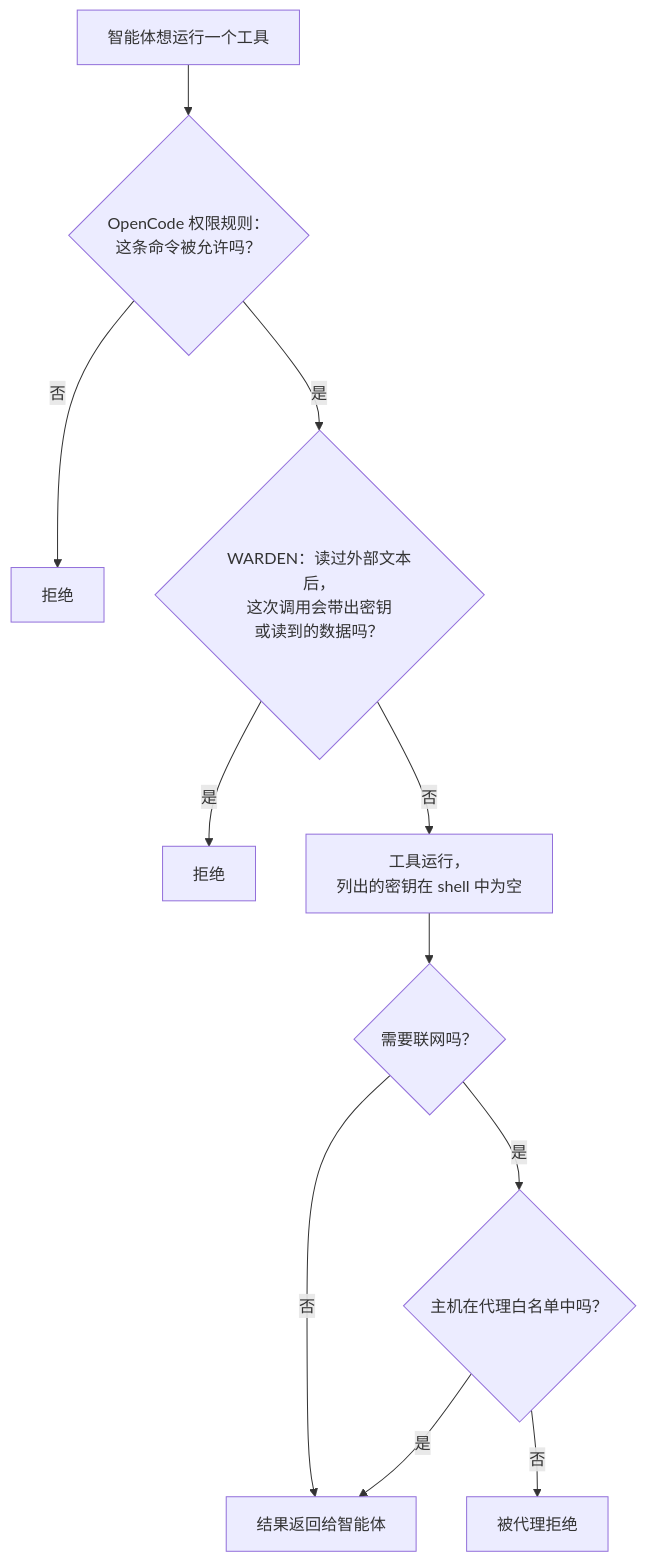
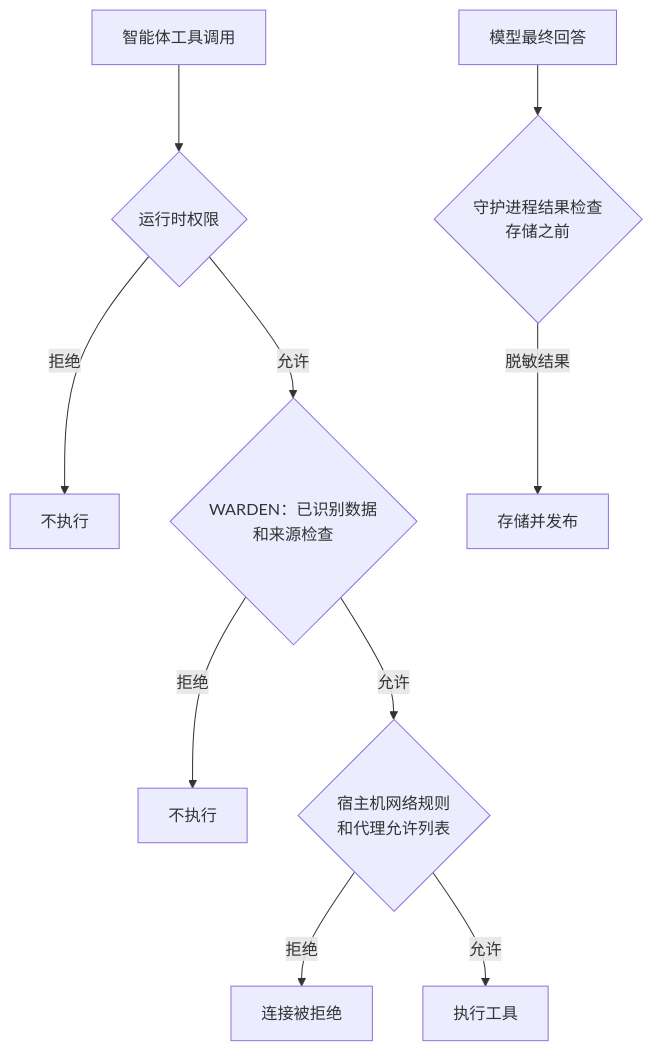
One commit to alexar76/aicom changed the third of 5 diagrams in multica/manual/README.zh.md. Above: the diagram before and after it, drawn with Mermaid. The commit also changed other lines of this file and 3001 other files, not shown here.

````diff
--- a/multica/manual/README.zh.md
+++ b/multica/manual/README.zh.md
@@ -239,13 +338,12 @@
 ```mermaid
 flowchart TB
-  t["智能体想运行一个工具"] --> p{"OpenCode 权限规则：<br/>这条命令被允许吗？"}
-  p -- "否" --> r1["拒绝"]
-  p -- "是" --> w{"WARDEN：读过外部文本后，<br/>这次调用会带出密钥<br/>或读到的数据吗？"}
-  w -- "是" --> r2["拒绝"]
-  w -- "否" --> run["工具运行，<br/>列出的密钥在 shell 中为空"]
-  run --> net{"需要联网吗？"}
-  net -- "否" --> ok["结果返回给智能体"]
-  net -- "是" --> e{"主机在代理白名单中吗？"}
-  e -- "否" --> r3["被代理拒绝"]
-  e -- "是" --> ok
+  t["智能体工具调用"] --> p{"运行时权限"}
+  p -- "拒绝" --> r1["不执行"]
+  p -- "允许" --> w{"WARDEN：已识别数据<br/>和来源检查"}
+  w -- "拒绝" --> r2["不执行"]
+  w -- "允许" --> n{"宿主机网络规则<br/>和代理允许列表"}
+  n -- "拒绝" --> r3["连接被拒绝"]
+  n -- "允许" --> ok["执行工具"]
+  a["模型最终回答"] --> g{"守护进程结果检查<br/>存储之前"}
+  g -- "脱敏结果" --> s["存储并发布"]
 ```
````
